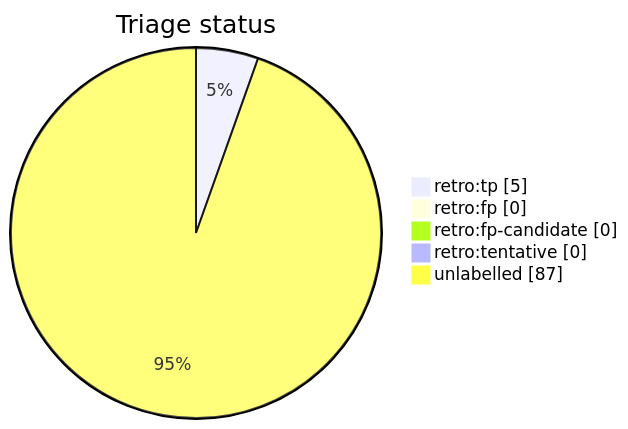
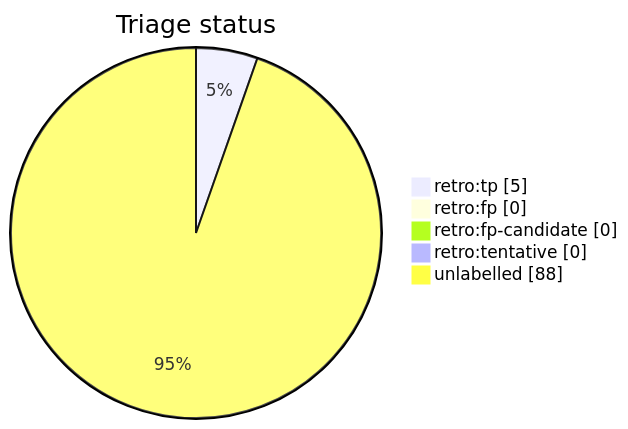
Before and after one commit to tvna/claude-md: the diagram in docs/generated/scripts/auto-retro-triage-report.md, drawn with Mermaid. The commit also changed other lines of this file, not shown here.

````diff
--- a/docs/generated/scripts/auto-retro-triage-report.md
+++ b/docs/generated/scripts/auto-retro-triage-report.md
@@ -15,9 +15,9 @@
 ```mermaid
 pie showData
     title Triage status
     "retro:tp" : 5
     "retro:fp" : 0
     "retro:fp-candidate" : 0
     "retro:tentative" : 0
-    "unlabelled" : 87
+    "unlabelled" : 88
 ```
````
